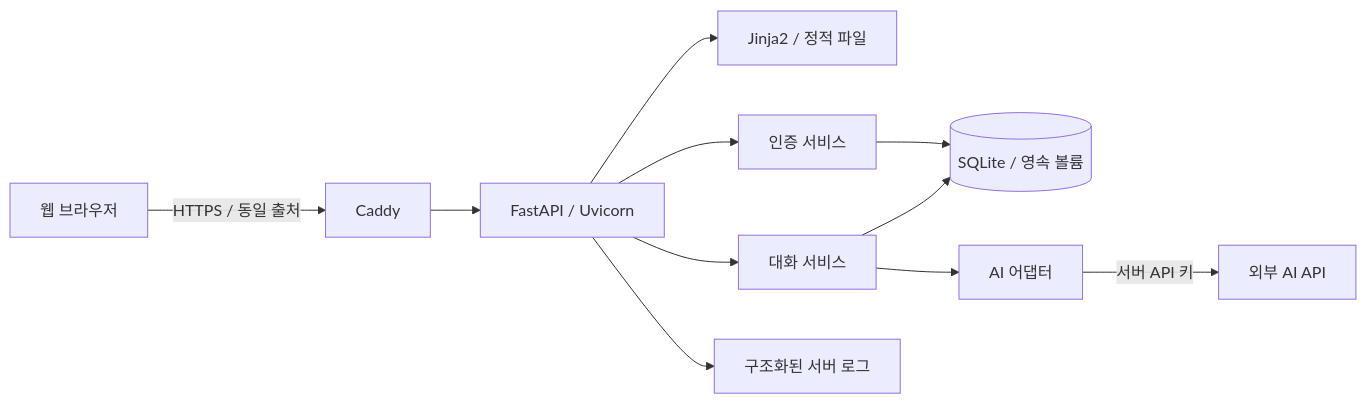
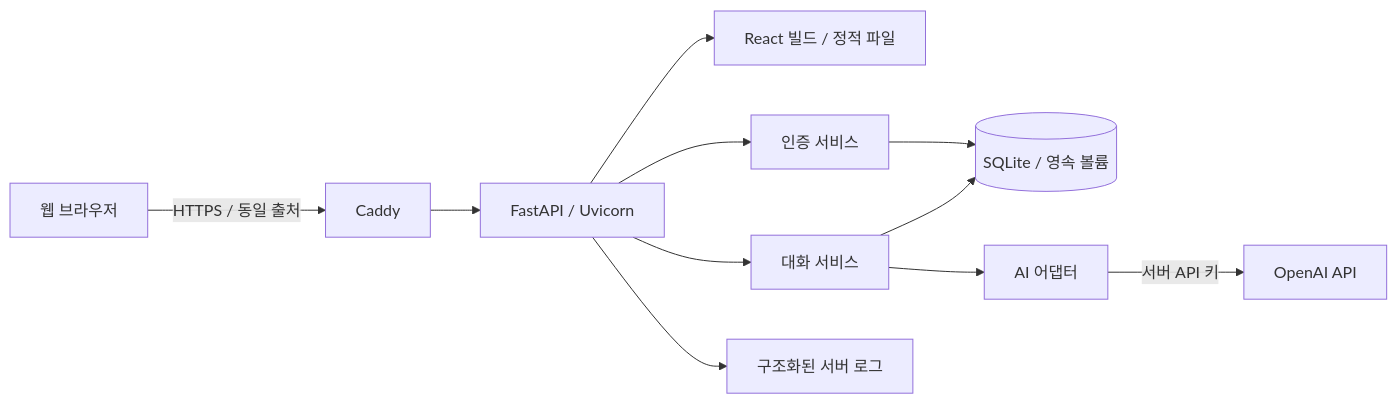
The first of 3 diagrams in docs/design.md (1st0Groom/B7-1), drawn with Mermaid before and after one commit. The commit also changed other lines of this file and 69 other files, not shown here.

````diff
--- a/docs/design.md
+++ b/docs/design.md
@@ -49,13 +52,13 @@
 ```mermaid
 flowchart LR
     U[웹 브라우저] -->|HTTPS / 동일 출처| P[Caddy]
     P --> W[FastAPI / Uvicorn]
-    W --> V[Jinja2 / 정적 파일]
+    W --> V[React 빌드 / 정적 파일]
     W --> A[인증 서비스]
     W --> C[대화 서비스]
     A --> D[(SQLite / 영속 볼륨)]
     C --> D
     C --> G[AI 어댑터]
-    G -->|서버 API 키| E[외부 AI API]
+    G -->|서버 API 키| E[OpenAI API]
     W --> L[구조화된 서버 로그]
 ```
````
